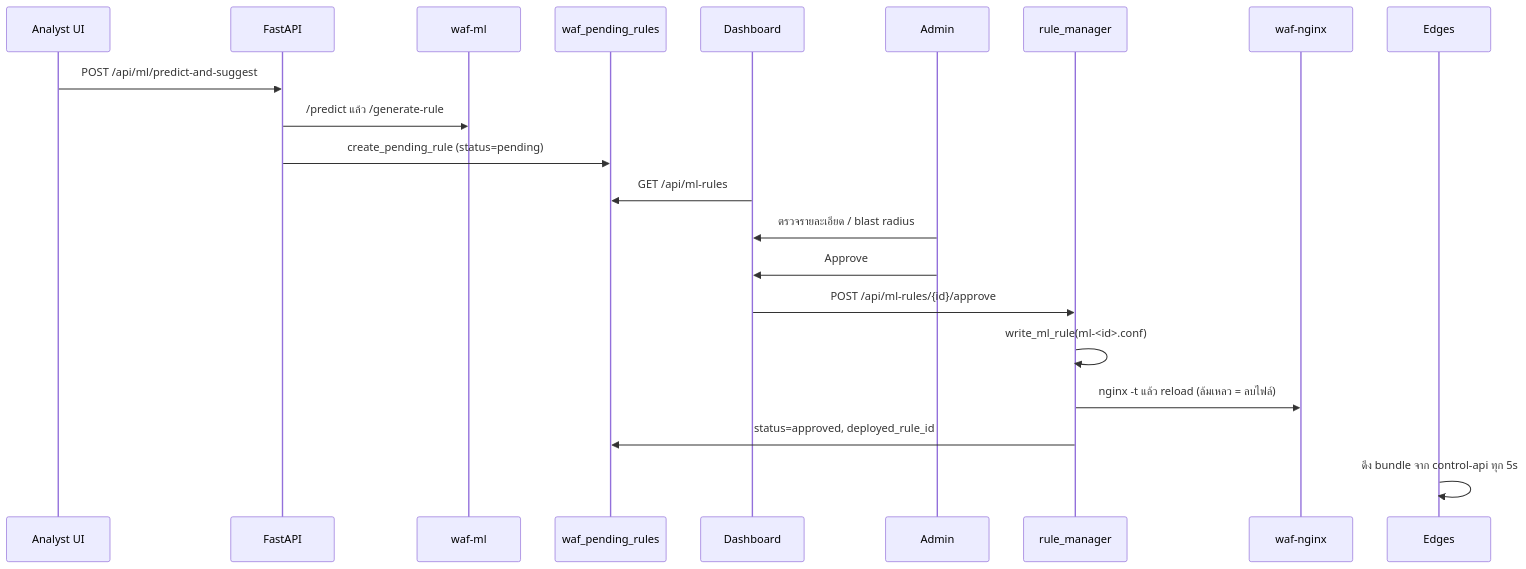
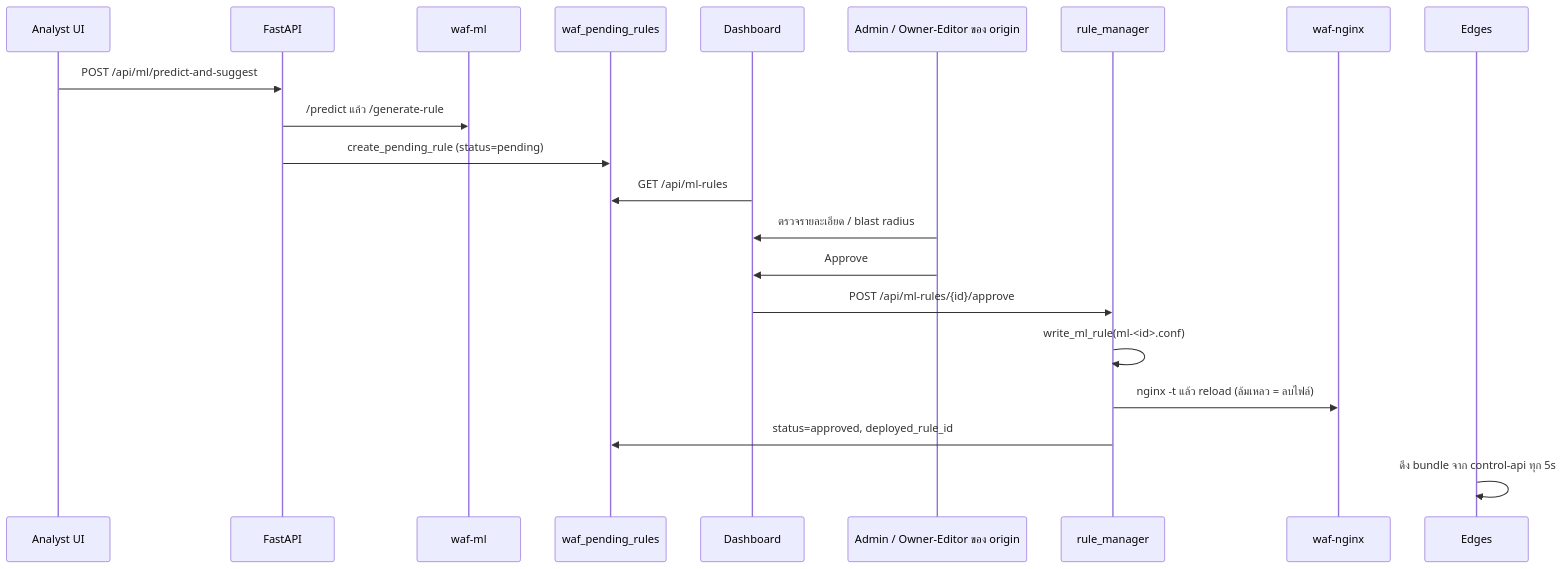
One commit to jakkaret/waf-cdn-platform changed the second of 2 diagrams in docs/backend/16-ml.md. Above: the diagram before and after it, drawn with Mermaid. The commit also changed other lines of this file and 31 other files, not shown here.

````diff
--- a/docs/backend/16-ml.md
+++ b/docs/backend/16-ml.md
@@ -62,23 +62,23 @@
 ```mermaid
 sequenceDiagram
   participant U as Analyst UI
   participant BE as FastAPI
   participant ML as waf-ml
   participant DB as waf_pending_rules
   participant UI as Dashboard
-  participant A as Admin
+  participant A as Admin / Owner-Editor ของ origin
   participant RM as rule_manager
   participant N as waf-nginx
   participant E as Edges
   U->>BE: POST /api/ml/predict-and-suggest
   BE->>ML: /predict แล้ว /generate-rule
   BE->>DB: create_pending_rule (status=pending)
   UI->>DB: GET /api/ml-rules
   A->>UI: ตรวจรายละเอียด / blast radius
   A->>UI: Approve
   UI->>RM: POST /api/ml-rules/{id}/approve
   RM->>RM: write_ml_rule(ml-<id>.conf)
   RM->>N: nginx -t แล้ว reload (ล้มเหลว = ลบไฟล์)
   RM->>DB: status=approved, deployed_rule_id
   E->>E: ดึง bundle จาก control-api ทุก 5s
 ```
````
